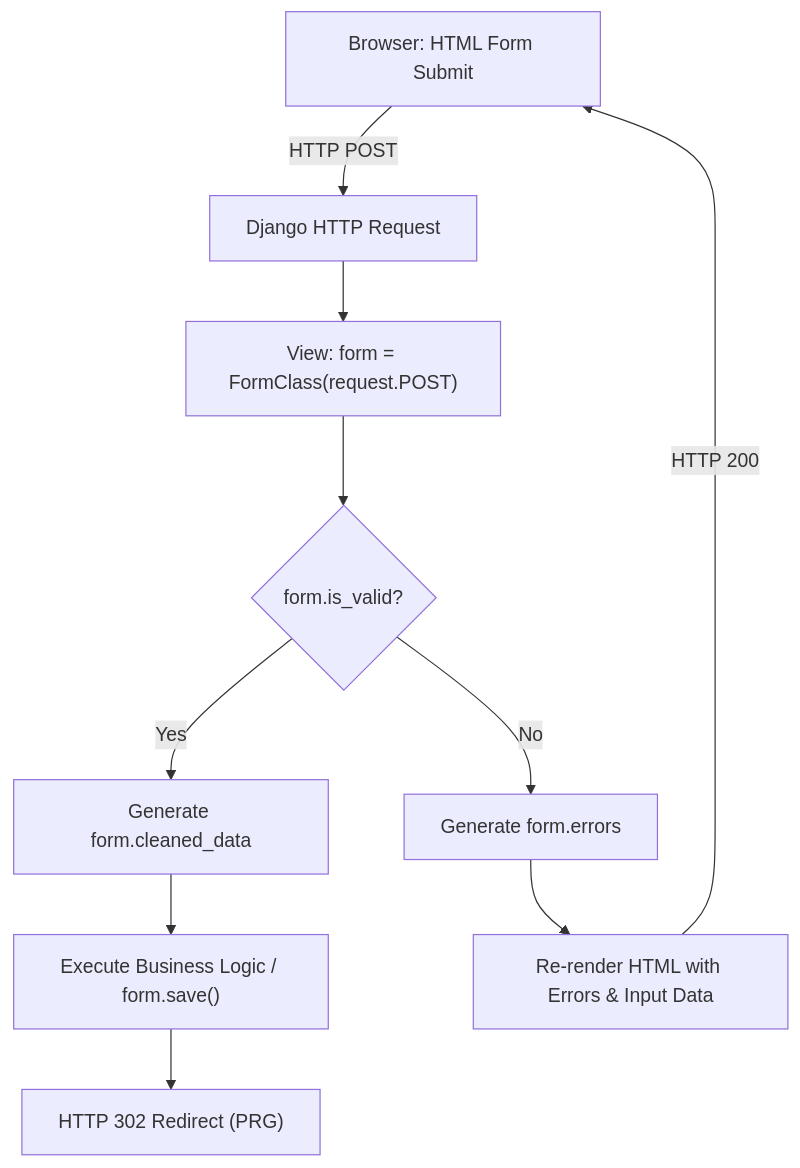
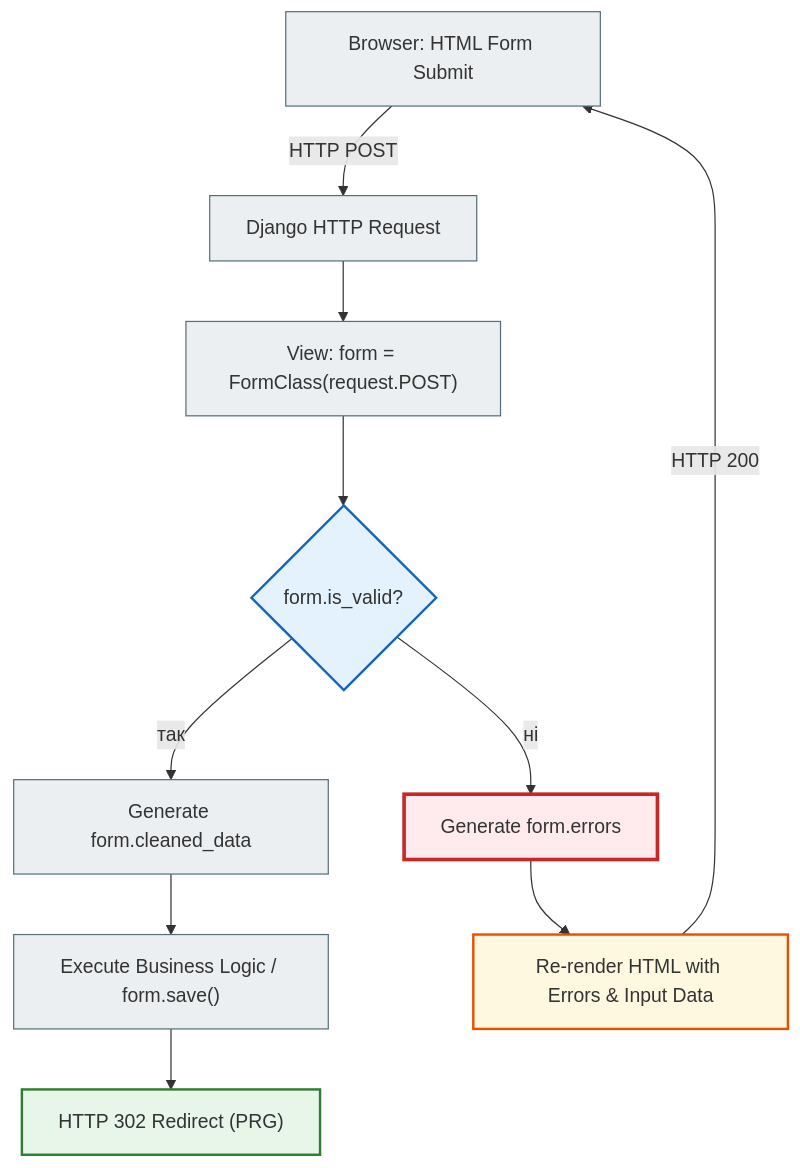
Before and after one commit to NikoriakViktot/notes_chat_app: the ninth of 12 diagrams in docs/04_forms_and_validation/django_forms_full.md, drawn with Mermaid. The commit also changed other lines of this file and 441 other files, not shown here.

First line of the commit message:
Add English version of the book, Mermaid standard, docs fixes

````diff
--- a/docs/04_forms_and_validation/django_forms_full.md
+++ b/docs/04_forms_and_validation/django_forms_full.md
@@ -1131,12 +1188,23 @@
 ```mermaid
 graph TD
     A["Browser: HTML Form Submit"] -->|HTTP POST| B["Django HTTP Request"]
     B --> C["View: form = FormClass(request.POST)"]
     C --> D{form.is_valid?}
-    D -- Yes --> E["Generate form.cleaned_data"]
+    D -- так --> E["Generate form.cleaned_data"]
     E --> F["Execute Business Logic / form.save()"]
     F --> G["HTTP 302 Redirect (PRG)"]
-    D -- No --> H["Generate form.errors"]
+    D -- ні --> H["Generate form.errors"]
     H --> I["Re-render HTML with Errors & Input Data"]
     I -->|HTTP 200| A
+
+    classDef step     fill:#eceff1,stroke:#546e7a,stroke-width:1px;
+    classDef decision fill:#e3f2fd,stroke:#1565c0,stroke-width:2px;
+    classDef success  fill:#e8f5e9,stroke:#2e7d32,stroke-width:2px;
+    classDef error    fill:#ffebee,stroke:#c62828,stroke-width:3px;
+    classDef warning  fill:#fff8e1,stroke:#e65100,stroke-width:2px;
+    class A,B,C,E,F step;
+    class D decision;
+    class G success;
+    class H error;
+    class I warning;
 ```
````
